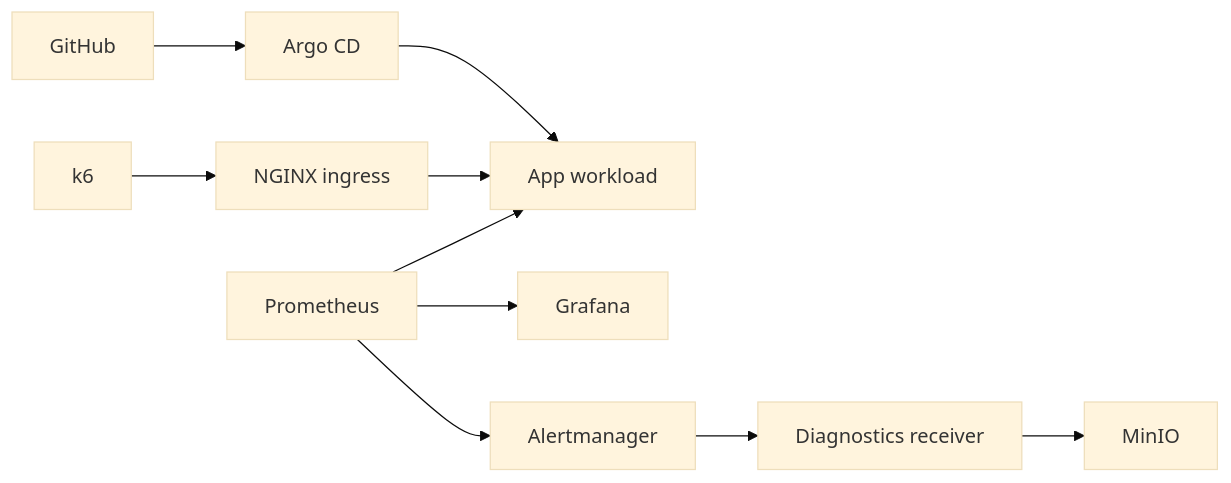
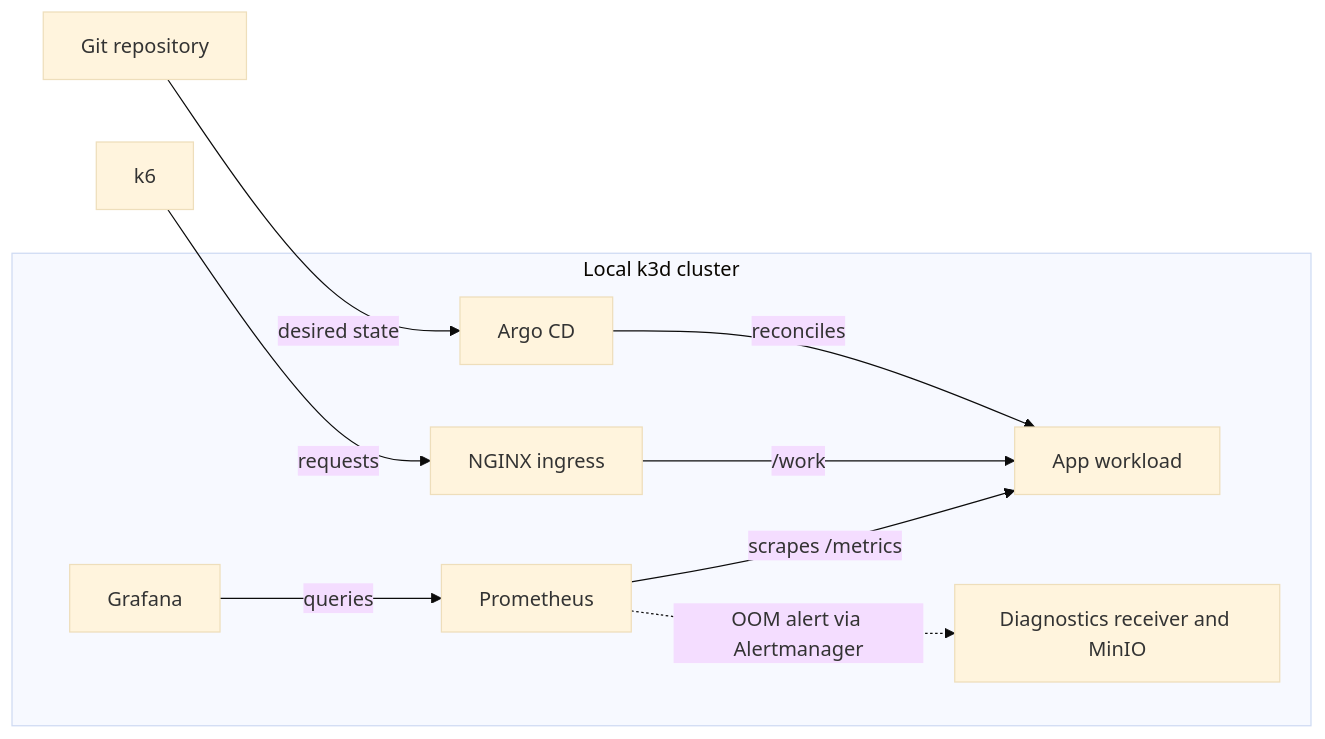
Before and after one commit to siiick-brain/Self-healing-Container-platforma: the diagram in README.md, drawn with Mermaid (base theme). The commit also changed other lines of this file and 40 other files, not shown here.

````diff
--- a/README.md
+++ b/README.md
@@ -18,11 +19,20 @@
 ```mermaid
 flowchart LR
-  GitHub --> ArgoCD[Argo CD]
-  ArgoCD --> Demo[App workload]
-  Load[k6] --> Ingress[NGINX ingress] --> Demo
-  Prometheus --> Demo
-  Prometheus --> Grafana
-  Prometheus --> Alertmanager
-  Alertmanager --> Receiver[Diagnostics receiver]
-  Receiver --> MinIO
+  Git[Git repository]
+  Load[k6]
+
+  subgraph Lab[Local k3d cluster]
+    Argo[Argo CD]
+    Ingress[NGINX ingress]
+    App[App workload]
+    Prom[Prometheus]
+    Grafana[Grafana]
+    Archive[Diagnostics receiver and MinIO]
+  end
+
+  Git -->|desired state| Argo -->|reconciles| App
+  Load -->|requests| Ingress -->|/work| App
+  Prom -->|scrapes /metrics| App
+  Grafana -->|queries| Prom
+  Prom -.->|OOM alert via Alertmanager| Archive
 ```
````
